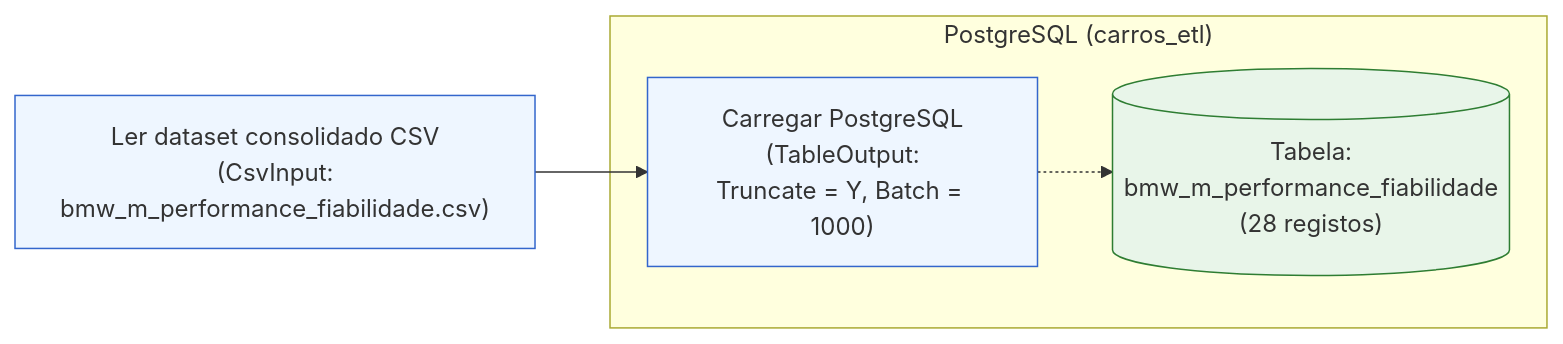
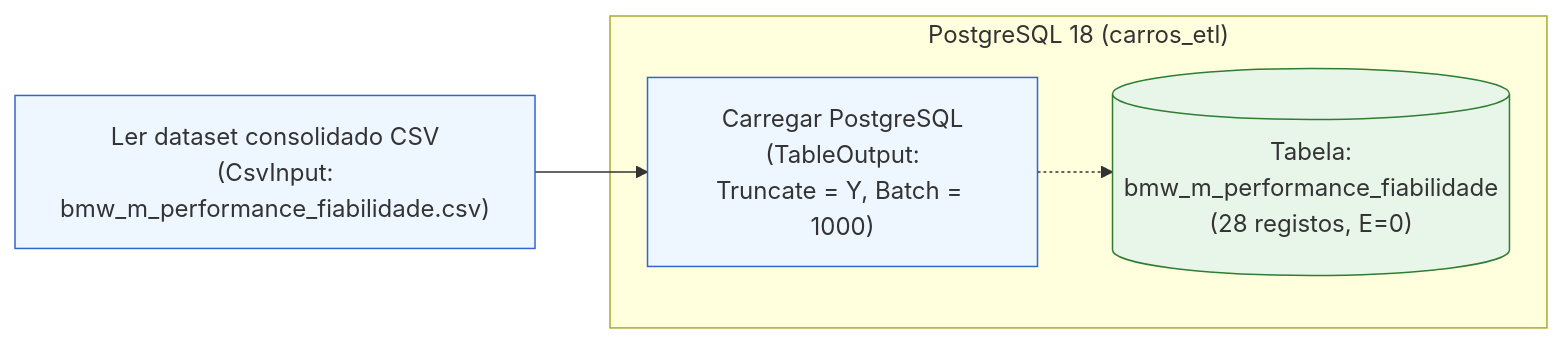
One commit to goncaloalo/isi-tp1-performance-fiabilidade changed the fourth of 4 diagrams in README.md. Above: the diagram before and after it, drawn with Mermaid. The commit also changed other lines of this file and 3 other files, not shown here.

````diff
--- a/README.md
+++ b/README.md
@@ -259,13 +259,13 @@
 ```mermaid
 flowchart LR
     A["Ler dataset consolidado CSV\n(CsvInput:\nbmw_m_performance_fiabilidade.csv)"] --> B["Carregar PostgreSQL\n(TableOutput:\nTruncate = Y, Batch = 1000)"]
     
-    subgraph SGBD["PostgreSQL (carros_etl)"]
-        B -.-> TAB[("Tabela:\nbmw_m_performance_fiabilidade\n(28 registos)")]
+    subgraph SGBD["PostgreSQL 18 (carros_etl)"]
+        B -.-> TAB[("Tabela:\nbmw_m_performance_fiabilidade\n(28 registos, E=0)")]
     end
 
     classDef step fill:#eef6ff,stroke:#3366cc,stroke-width:1px;
     classDef db fill:#e8f5e9,stroke:#2e7d32,stroke-width:1px;
     class A,B step;
     class TAB db;
 ```
````
